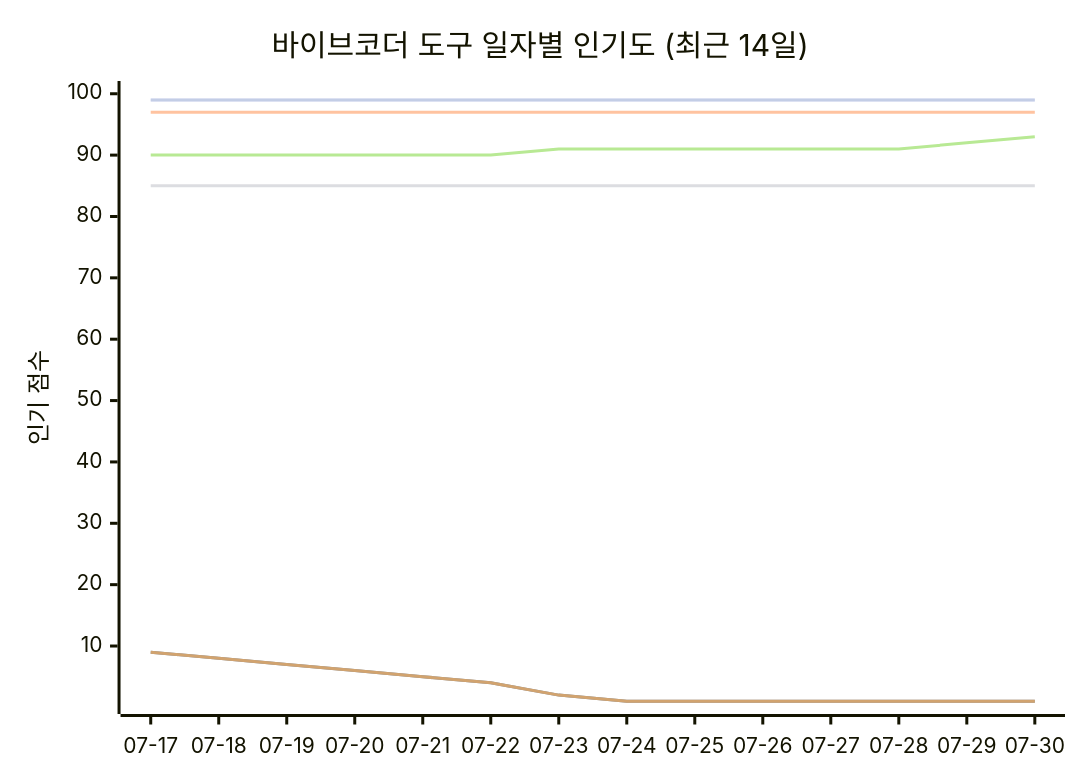
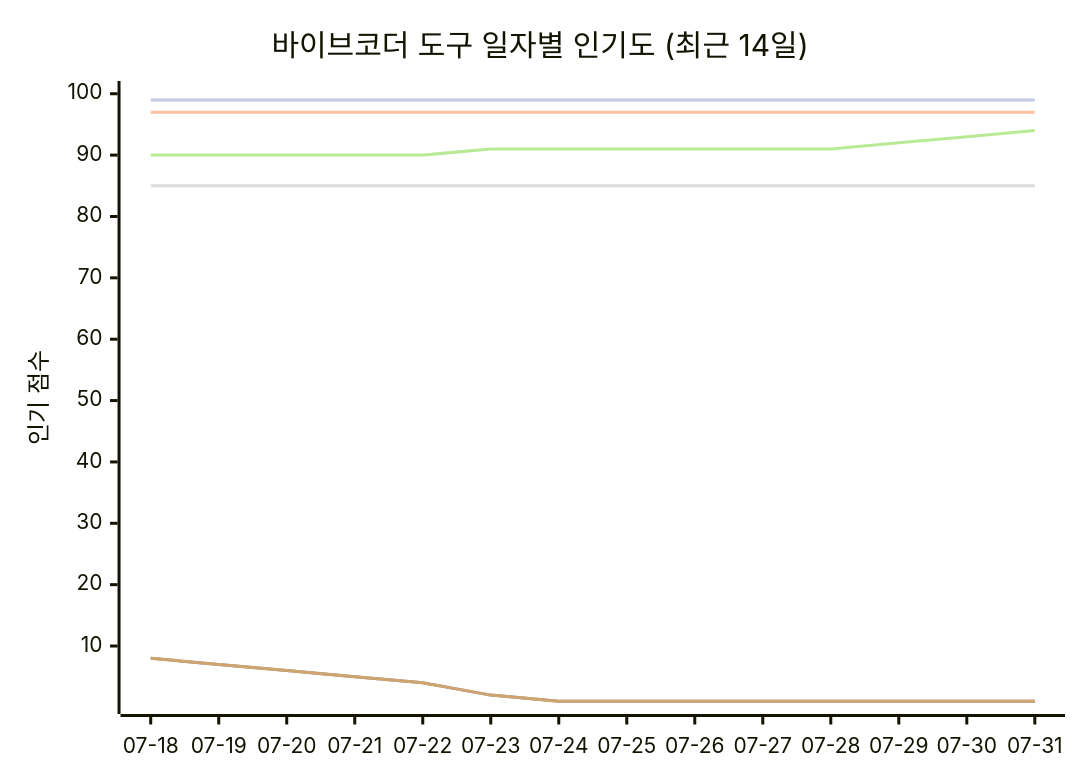
The seventh of 11 diagrams in README_ko.md (tykimos/ai-whatchelin), drawn with Mermaid before and after one commit. The commit also changed other lines of this file and 4 other files, not shown here.

````diff
--- a/README_ko.md
+++ b/README_ko.md
@@ -2085,13 +2092,13 @@
 ```mermaid
 xychart-beta
     title "바이브코더 도구 일자별 인기도 (최근 14일)"
-    x-axis ["07-17", "07-18", "07-19", "07-20", "07-21", "07-22", "07-23", "07-24", "07-25", "07-26", "07-27", "07-28", "07-29", "07-30"]
+    x-axis ["07-18", "07-19", "07-20", "07-21", "07-22", "07-23", "07-24", "07-25", "07-26", "07-27", "07-28", "07-29", "07-30", "07-31"]
     y-axis "인기 점수" 1 --> 100
     line "Claude Code" [99, 99, 99, 99, 99, 99, 99, 99, 99, 99, 99, 99, 99, 99]
-    line "GH Copilot" [9, 8, 7, 6, 5, 4, 2, 1, 1, 1, 1, 1, 1, 1]
+    line "GH Copilot" [8, 7, 6, 5, 4, 2, 1, 1, 1, 1, 1, 1, 1, 1]
     line "Cursor" [97, 97, 97, 97, 97, 97, 97, 97, 97, 97, 97, 97, 97, 97]
     line "Windsurf" [85, 85, 85, 85, 85, 85, 85, 85, 85, 85, 85, 85, 85, 85]
-    line "Codex CLI" [90, 90, 90, 90, 90, 90, 91, 91, 91, 91, 91, 91, 92, 93]
-    line "Gemini CLI" [9, 8, 7, 6, 5, 4, 2, 1, 1, 1, 1, 1, 1, 1]
+    line "Codex CLI" [90, 90, 90, 90, 90, 91, 91, 91, 91, 91, 91, 92, 93, 94]
+    line "Gemini CLI" [8, 7, 6, 5, 4, 2, 1, 1, 1, 1, 1, 1, 1, 1]
     line "Antigravity" [99, 99, 99, 99, 99, 99, 99, 99, 99, 99, 99, 99, 99, 99]
 ```
````
